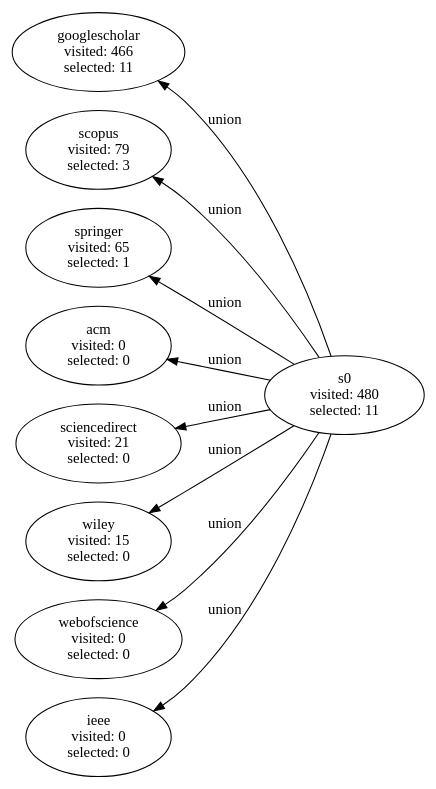
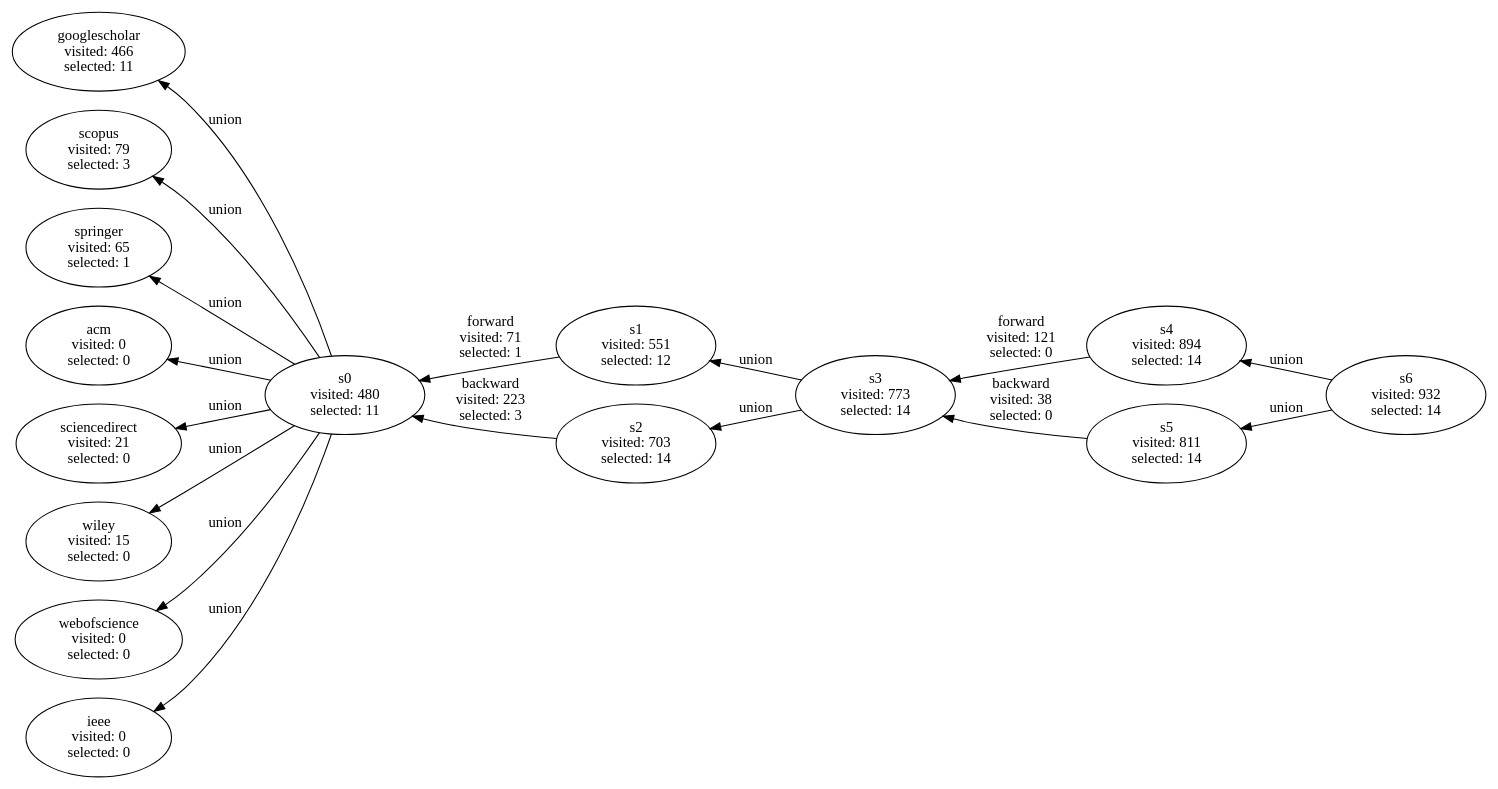
The diagram in experiments/experiment_3/notebooks/E2final.dot (gems-uff/hybrid-strategies), drawn with Graphviz before and after one commit. The commit also changed 39 other files, not shown here.

Commit message:
alter notebooks = hide index, print graph png

```diff
--- a/experiments/experiment_3/notebooks/E2final.dot
+++ b/experiments/experiment_3/notebooks/E2final.dot
@@ -1,30 +1,50 @@
 digraph G {
   rankdir="RL";
+
+  s6 [label="s6\n visited: 932\n selected: 14"];
+  s6 -> s4 [label="union"];
+  s6 -> s5 [label="union"];
+
+  s4 [label="s4\n visited: 894\n selected: 14"];
+  s4 -> s3 [label="forward\n visited: 121\n selected: 0"];
+
+  s5 [label="s5\n visited: 811\n selected: 14"];
+  s5 -> s3 [label="backward\n visited: 38\n selected: 0"];
+
+  s3 [label="s3\n visited: 773\n selected: 14"];
+  s3 -> s1 [label="union"];
+  s3 -> s2 [label="union"];
+
+  s1 [label="s1\n visited: 551\n selected: 12"];
+  s1 -> s0 [label="forward\n visited: 71\n selected: 1"];
+
+  s2 [label="s2\n visited: 703\n selected: 14"];
+  s2 -> s0 [label="backward\n visited: 223\n selected: 3"];
 
   s0 [label="s0\n visited: 480\n selected: 11"];
   s0 -> googlescholar [label="union"];
   s0 -> scopus [label="union"];
   s0 -> springer [label="union"];
   s0 -> acm [label="union"];
   s0 -> sciencedirect [label="union"];
   s0 -> wiley [label="union"];
   s0 -> webofscience [label="union"];
   s0 -> ieee [label="union"];
 
   googlescholar [label="googlescholar\n visited: 466\n selected: 11"];
 
   scopus [label="scopus\n visited: 79\n selected: 3"];
 
   springer [label="springer\n visited: 65\n selected: 1"];
 
   acm [label="acm\n visited: 0\n selected: 0"];
 
   sciencedirect [label="sciencedirect\n visited: 21\n selected: 0"];
 
   wiley [label="wiley\n visited: 15\n selected: 0"];
 
   webofscience [label="webofscience\n visited: 0\n selected: 0"];
 
   ieee [label="ieee\n visited: 0\n selected: 0"];
 
 }
```
